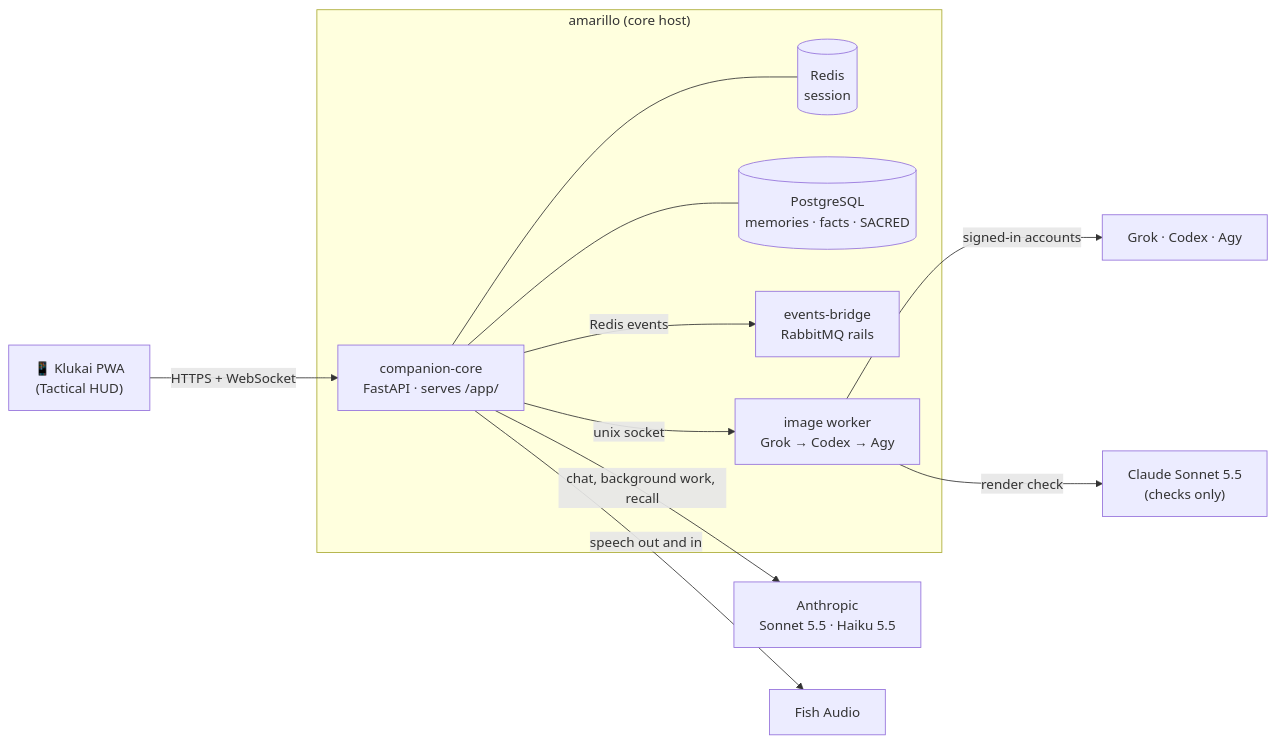
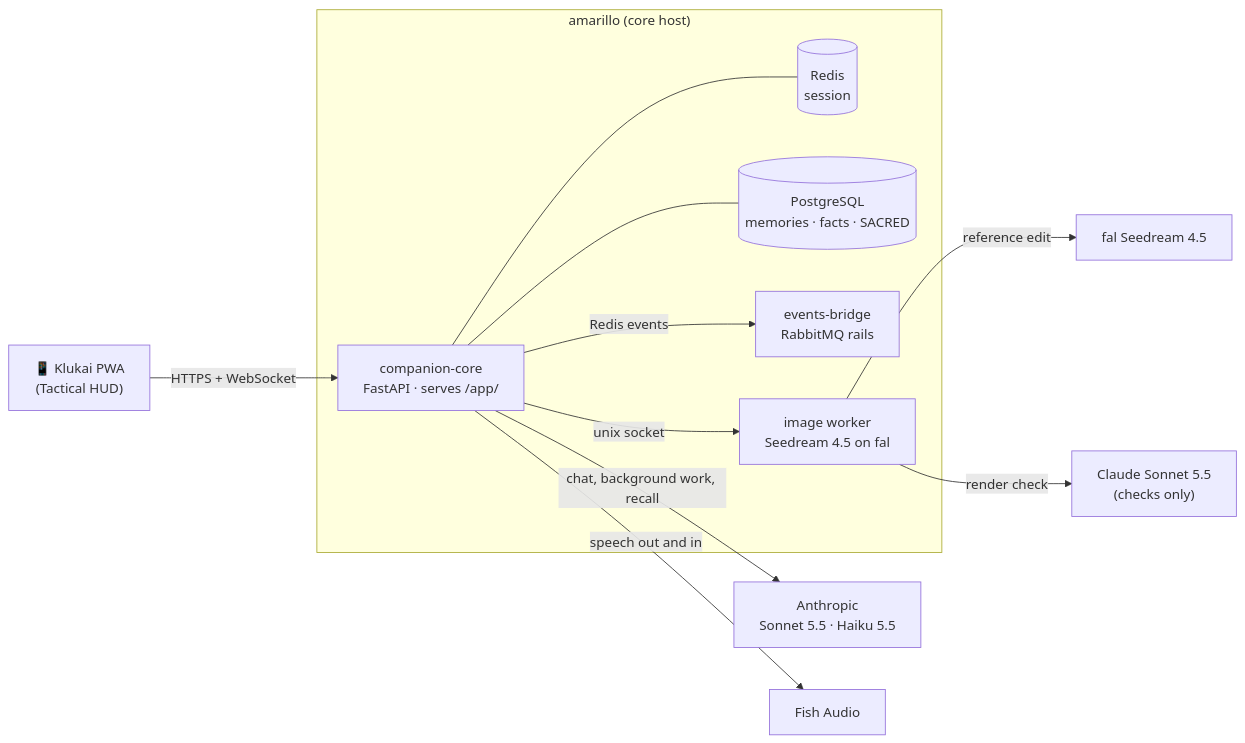
The first of 3 diagrams in README.md (Al-Sarraf-Tech/klukai), drawn with Mermaid before and after one commit. The commit also changed other lines of this file and 4 other files, not shown here.

First line of the commit message:
docs: describe Seedream on fal and the real writing caps

````diff
--- a/README.md
+++ b/README.md
@@ -69,20 +69,20 @@
 ```mermaid
 flowchart LR
     phone["📱 Klukai PWA<br/>(Tactical HUD)"] -- "HTTPS + WebSocket" --> core
 
     subgraph amarillo["amarillo (core host)"]
         core["companion-core<br/>FastAPI · serves /app/"]
         redis[("Redis<br/>session")]
         pg[("PostgreSQL<br/>memories · facts · SACRED")]
         bridge["events-bridge<br/>RabbitMQ rails"]
-        worker["image worker<br/>Grok → Codex → Agy"]
+        worker["image worker<br/>Seedream 4.5 on fal"]
         core --- redis & pg
         core -- "Redis events" --> bridge
         core -- "unix socket" --> worker
     end
 
     core -- "chat, background work, recall" --> anthropic["Anthropic<br/>Sonnet 5.5 · Haiku 5.5"]
     core -- "speech out and in" --> fish["Fish Audio"]
-    worker -- "signed-in accounts" --> renderers["Grok · Codex · Agy"]
+    worker -- "reference edit" --> renderers["fal Seedream 4.5"]
     worker -- "render check" --> checker["Claude Sonnet 5.5<br/>(checks only)"]
 ```
````
